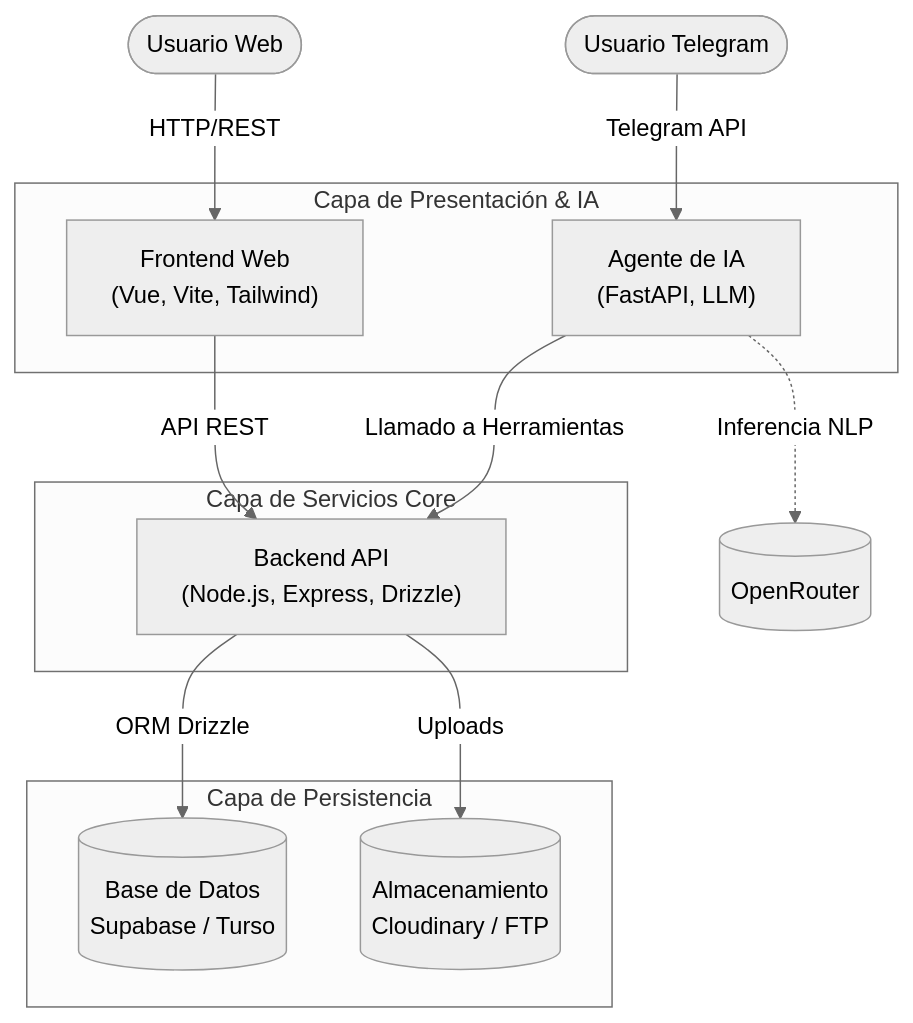
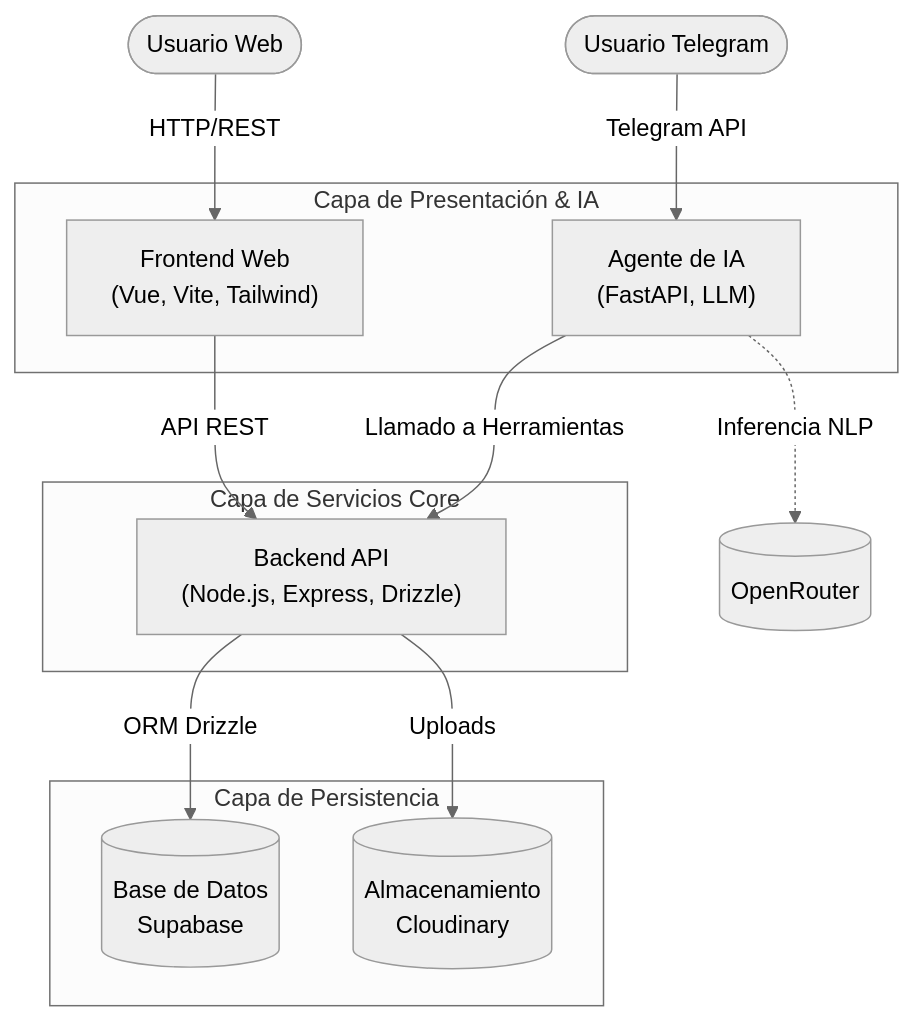
Before and after one commit to Edahi98/InventarioArticulosCasa: the diagram in README.md, drawn with Mermaid (neutral theme). The commit also changed other lines of this file and 1 other file, not shown here.

Commit message:
docs: actualizar README y variables de entorno a Supabase y Cloudinary

````diff
--- a/README.md
+++ b/README.md
@@ -16,30 +16,30 @@
 ```mermaid
 graph TD
     %% Nodos de Interfaz de Usuario
     UserWeb(["Usuario Web"]) -->|HTTP/REST| Frontend
     UserBot(["Usuario Telegram"]) -->|Telegram API| Agente
 
     %% Componentes Principales
     subgraph "Capa de Presentación & IA"
         Frontend["Frontend Web<br/>(Vue, Vite, Tailwind)"]
         Agente["Agente de IA<br/>(FastAPI, LLM)"]
     end
 
     %% Capa de Backend
     subgraph "Capa de Servicios Core"
         Backend["Backend API<br/>(Node.js, Express, Drizzle)"]
     end
 
     %% Capa de Datos
     subgraph "Capa de Persistencia"
-        DB[("Base de Datos<br/>Supabase / Turso")]
-        Storage[("Almacenamiento<br/>Cloudinary / FTP")]
+        DB[("Base de Datos<br/>Supabase")]
+        Storage[("Almacenamiento<br/>Cloudinary")]
     end
 
     %% Conexiones
     Frontend -->|API REST| Backend
     Agente -->|Llamado a Herramientas| Backend
     Backend -->|ORM Drizzle| DB
     Backend -->|Uploads| Storage
     Agente -.->|Inferencia NLP| LLM[("OpenRouter")]
 ```
````
